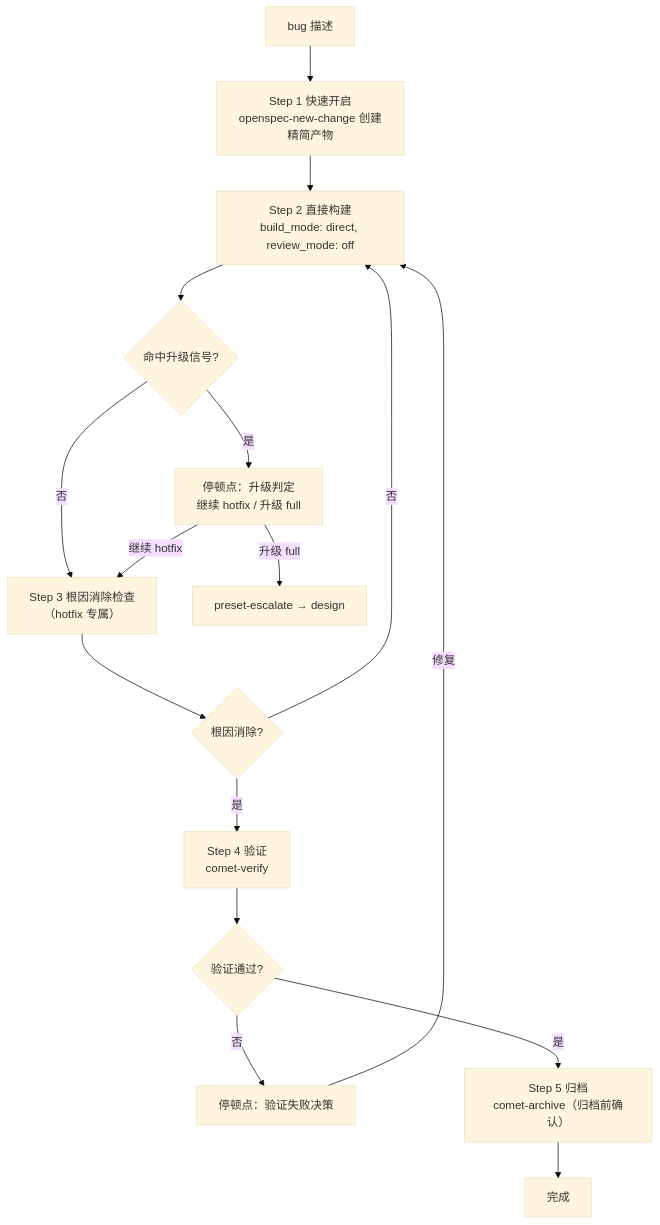
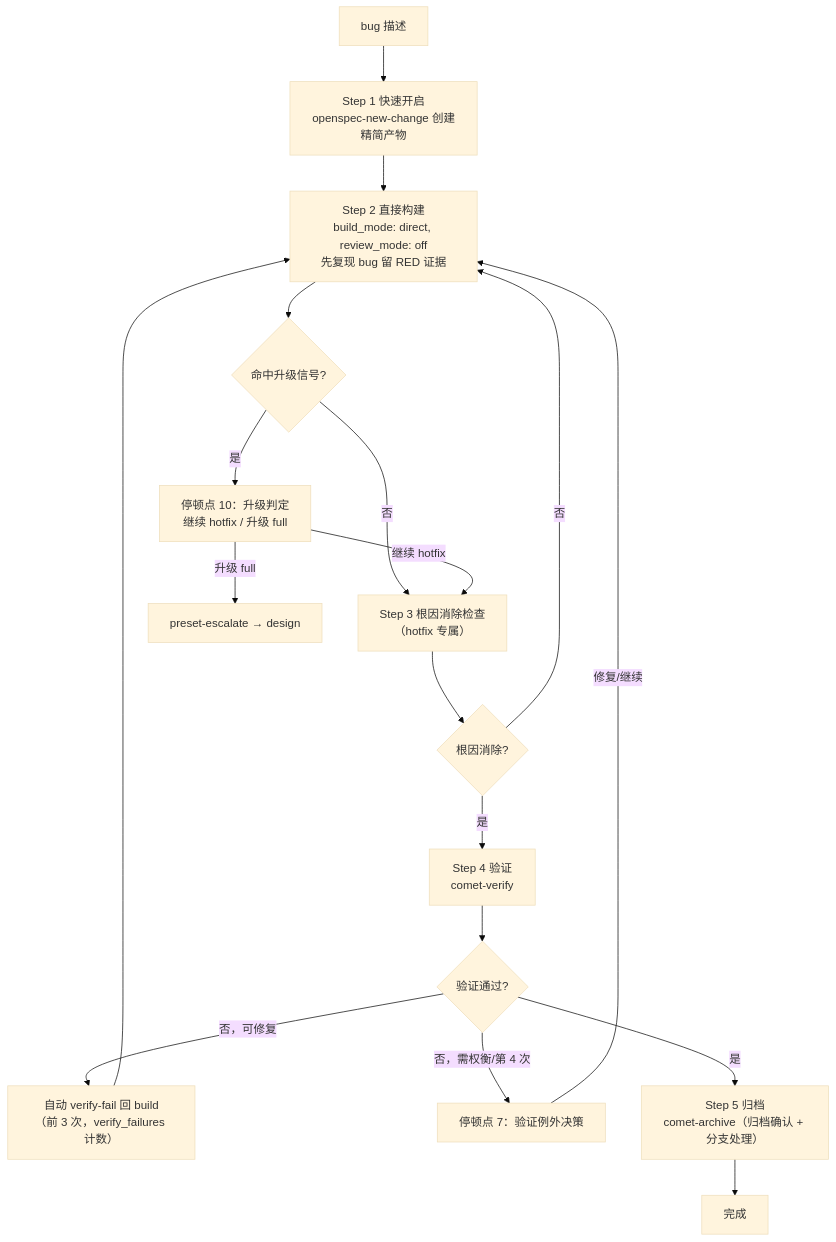
Before and after one commit to rpamis/comet-website-docs: the diagram in zh/presets/hotfix.mdx, drawn with Mermaid (base theme). The commit also changed other lines of this file and 17 other files, not shown here.

````diff
--- a/zh/presets/hotfix.mdx
+++ b/zh/presets/hotfix.mdx
@@ -61,18 +61,20 @@
 ```mermaid
 flowchart TD
     Start["bug 描述"] --> S1["Step 1 快速开启<br/>openspec-new-change 创建精简产物"]
-    S1 --> S2["Step 2 直接构建<br/>build_mode: direct, review_mode: off"]
+    S1 --> S2["Step 2 直接构建<br/>build_mode: direct, review_mode: off<br/>先复现 bug 留 RED 证据"]
     S2 --> Esc{"命中升级信号?"}
-    Esc -->|是| EscStop["停顿点：升级判定<br/>继续 hotfix / 升级 full"]
+    Esc -->|是| EscStop["停顿点 10：升级判定<br/>继续 hotfix / 升级 full"]
     Esc -->|否| S3["Step 3 根因消除检查<br/>（hotfix 专属）"]
     EscStop -->|继续 hotfix| S3
     EscStop -->|升级 full| EscUp["preset-escalate → design"]
     S3 --> Root{"根因消除?"}
     Root -->|否| S2
     Root -->|是| S4["Step 4 验证<br/>comet-verify"]
     S4 --> Vf{"验证通过?"}
-    Vf -->|否| VfStop["停顿点：验证失败决策"]
-    VfStop -->|修复| S2
-    Vf -->|是| S5["Step 5 归档<br/>comet-archive（归档前确认）"]
+    Vf -->|否，可修复| Auto["自动 verify-fail 回 build<br/>（前 3 次，verify_failures 计数）"]
+    Vf -->|否，需权衡/第 4 次| VfStop["停顿点 7：验证例外决策"]
+    Auto --> S2
+    VfStop -->|修复/继续| S2
+    Vf -->|是| S5["Step 5 归档<br/>comet-archive（归档确认 + 分支处理）"]
     S5 --> Done["完成"]
 ```
````
